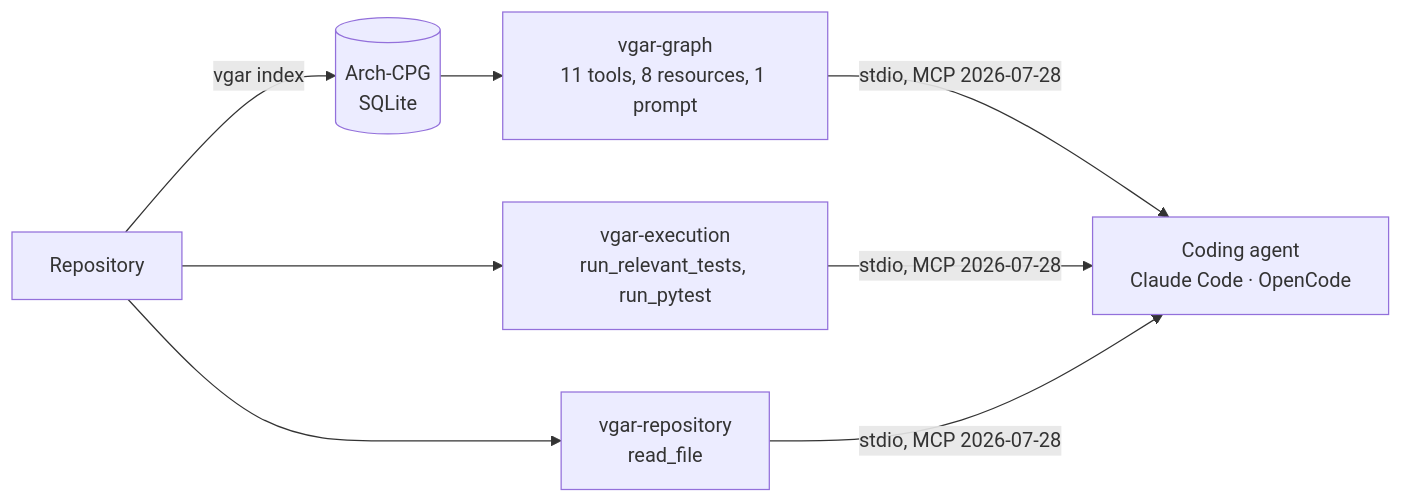
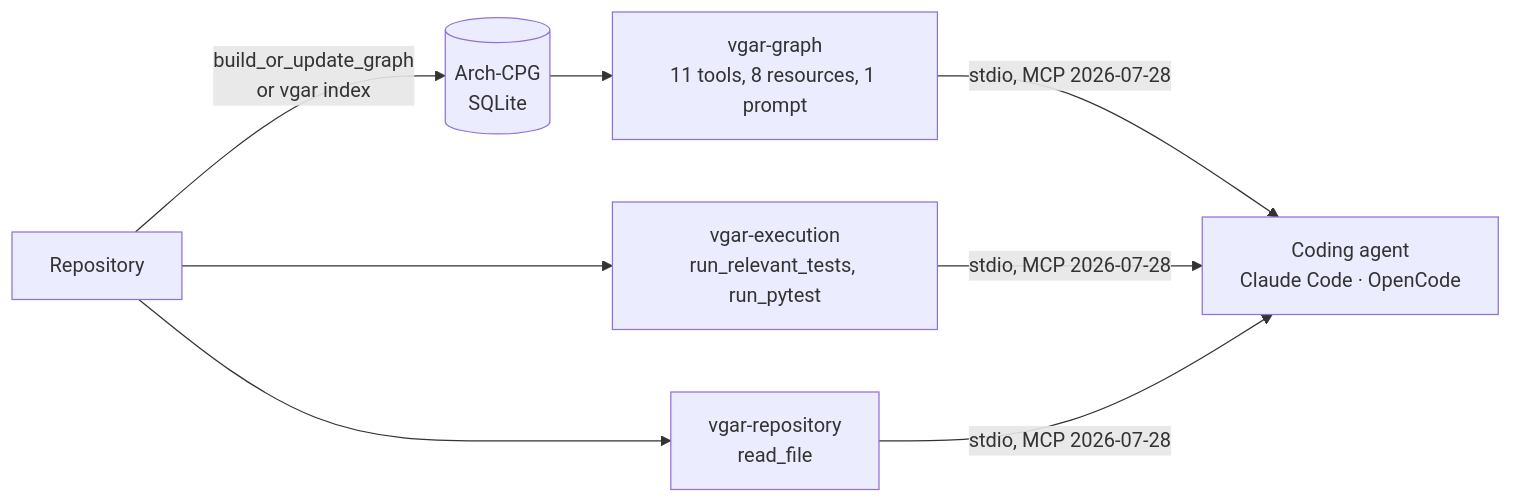
One commit to GauKho/VGAR changed the diagram in README.md. Above: the diagram before and after it, drawn with Mermaid. The commit also changed other lines of this file and 19 other files, not shown here.

Commit message:
feat(mcp): let coding agents build and incrementally update the graph through build_or_update_graph (TV2, proposal 10-11)

````diff
--- a/README.md
+++ b/README.md
@@ -9,8 +9,8 @@
 ```mermaid
 flowchart LR
-    R[Repository] -->|vgar index| DB[(Arch-CPG<br/>SQLite)]
+    R[Repository] -->|build_or_update_graph<br/>or vgar index| DB[(Arch-CPG<br/>SQLite)]
     DB --> G[vgar-graph<br/>11 tools, 8 resources, 1 prompt]
     R --> X[vgar-execution<br/>run_relevant_tests, run_pytest]
     R --> F[vgar-repository<br/>read_file]
     G & X & F -->|stdio, MCP 2026-07-28| A[Coding agent<br/>Claude Code · OpenCode]
 ```
````
